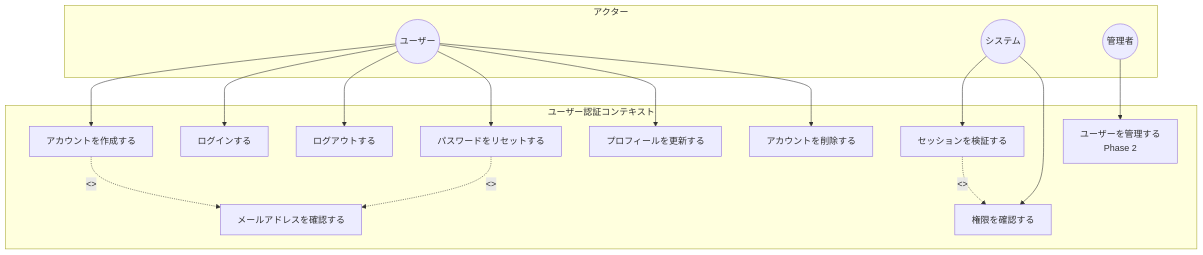
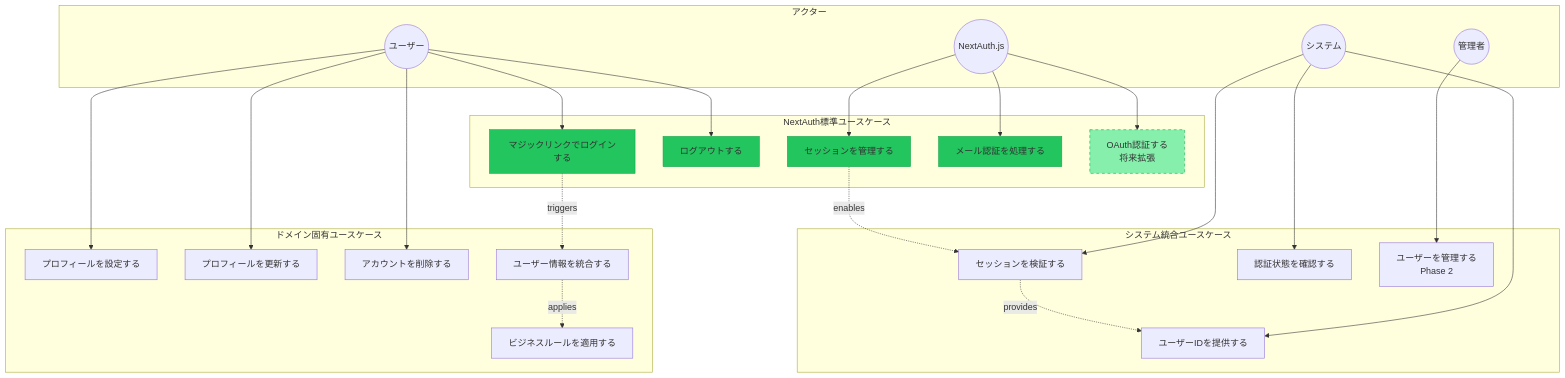
The second of 7 diagrams in docs/domain/contexts/user-authentication/sudo-modeling.md (komei0727/all_in_one), drawn with Mermaid before and after one commit. The commit also changed other lines of this file and 16 other files, not shown here.

````diff
--- a/docs/domain/contexts/user-authentication/sudo-modeling.md
+++ b/docs/domain/contexts/user-authentication/sudo-modeling.md
@@ -63,41 +89,65 @@
 ```mermaid
 graph TB
     subgraph "アクター"
         USER((ユーザー))
         SYSTEM((システム))
         ADMIN((管理者))
+        NEXTAUTH((NextAuth.js))
     end
 
-    subgraph "ユーザー認証コンテキスト"
-        UC1[アカウントを作成する]
-        UC2[ログインする]
-        UC3[ログアウトする]
-        UC4[パスワードをリセットする]
-        UC5[メールアドレスを確認する]
-        UC6[プロフィールを更新する]
-        UC7[アカウントを削除する]
-        UC8[セッションを検証する]
-        UC9[権限を確認する]
-        UC10[ユーザーを管理する<br/>Phase 2]
+    subgraph "NextAuth標準ユースケース"
+        NA1[マジックリンクでログインする]
+        NA2[ログアウトする]
+        NA3[セッションを管理する]
+        NA4[メール認証を処理する]
+        NA5[OAuth認証する<br/>将来拡張]
+    end
+
+    subgraph "ドメイン固有ユースケース"
+        UC1[プロフィールを設定する]
+        UC2[プロフィールを更新する]
+        UC3[アカウントを削除する]
+        UC4[ユーザー情報を統合する]
+        UC5[ビジネスルールを適用する]
+    end
+
+    subgraph "システム統合ユースケース"
+        SU1[セッションを検証する]
+        SU2[ユーザーIDを提供する]
+        SU3[認証状態を確認する]
+        SU4[ユーザーを管理する<br/>Phase 2]
     end
 
     %% ユーザーのユースケース
+    USER --> NA1
+    USER --> NA2
     USER --> UC1
     USER --> UC2
     USER --> UC3
-    USER --> UC4
-    USER --> UC6
-    USER --> UC7
+
+    %% NextAuthの処理
+    NEXTAUTH --> NA3
+    NEXTAUTH --> NA4
+    NEXTAUTH --> NA5
 
     %% システムのユースケース
-    SYSTEM --> UC8
-    SYSTEM --> UC9
+    SYSTEM --> SU1
+    SYSTEM --> SU2
+    SYSTEM --> SU3
 
     %% 管理者のユースケース
-    ADMIN --> UC10
+    ADMIN --> SU4
 
-    %% 依存関係
-    UC1 -.->|<<include>>| UC5
-    UC4 -.->|<<include>>| UC5
-    UC8 -.->|<<include>>| UC9
+    %% 統合関係
+    NA1 -.->|triggers| UC4
+    NA3 -.->|enables| SU1
+    UC4 -.->|applies| UC5
+    SU1 -.->|provides| SU2
+
+    %% スタイル
+    style NA1 fill:#22c55e,stroke:#16a34a
+    style NA2 fill:#22c55e,stroke:#16a34a
+    style NA3 fill:#22c55e,stroke:#16a34a
+    style NA4 fill:#22c55e,stroke:#16a34a
+    style NA5 fill:#86efac,stroke:#16a34a,stroke-dasharray: 5 5
 ```
````
